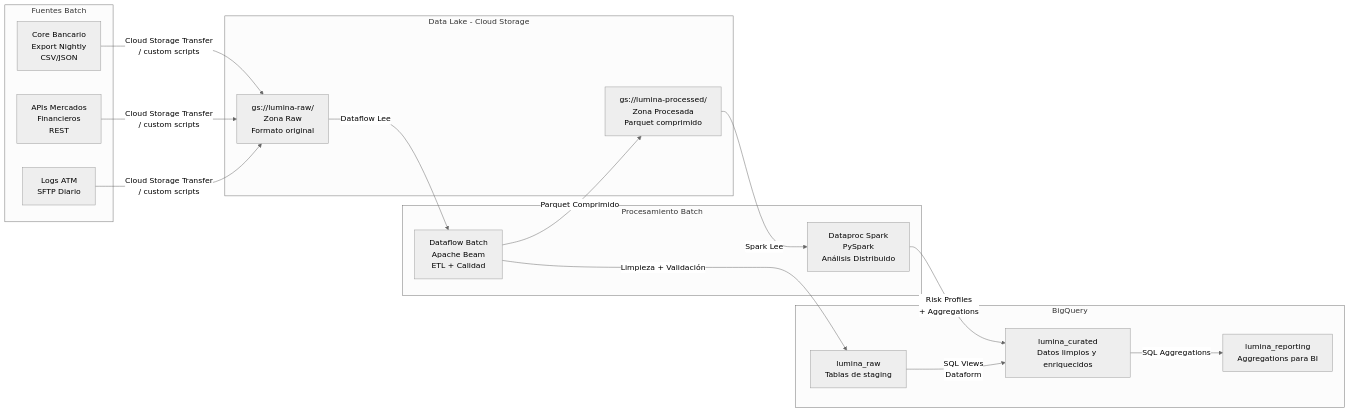
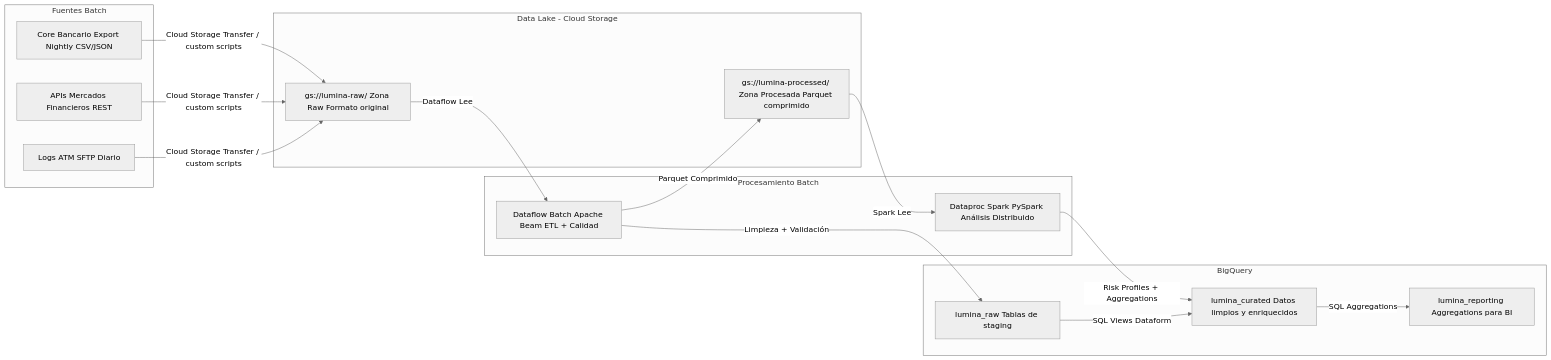
Before and after one commit to s110/Maestria: the third of 8 diagrams in 5_big_data/codigo/03_proyecto_financial_system_architecture/architecture.md, drawn with Mermaid (neutral theme). The commit also changed other lines of this file and 52 other files, not shown here.

````diff
--- a/5_big_data/codigo/03_proyecto_financial_system_architecture/architecture.md
+++ b/5_big_data/codigo/03_proyecto_financial_system_architecture/architecture.md
@@ -151,33 +151,33 @@
 ```mermaid
 flowchart LR
     subgraph SOURCES_BATCH["Fuentes Batch"]
-        LEGACY[Core Bancario\nExport Nightly\nCSV/JSON]
-        MARKET[APIs Mercados\nFinancieros\nREST]
-        ATM_LOG[Logs ATM\nSFTP Diario]
+        LEGACY[Core Bancario Export Nightly CSV/JSON]
+        MARKET[APIs Mercados Financieros REST]
+        ATM_LOG[Logs ATM SFTP Diario]
     end
 
     subgraph GCS_ZONES["Data Lake - Cloud Storage"]
-        RAW[gs://lumina-raw/\nZona Raw\nFormato original]
-        STAGE[gs://lumina-processed/\nZona Procesada\nParquet comprimido]
+        RAW[gs://lumina-raw/ Zona Raw Formato original]
+        STAGE[gs://lumina-processed/ Zona Procesada Parquet comprimido]
     end
 
     subgraph PROC["Procesamiento Batch"]
-        DF_B[Dataflow Batch\nApache Beam\nETL + Calidad]
-        SPARK[Dataproc Spark\nPySpark\nAnálisis Distribuido]
+        DF_B[Dataflow Batch Apache Beam ETL + Calidad]
+        SPARK[Dataproc Spark PySpark Análisis Distribuido]
     end
 
     subgraph BQ["BigQuery"]
-        RAW_BQ[lumina_raw\nTablas de staging]
-        CURATED[lumina_curated\nDatos limpios y enriquecidos]
-        REPORTING[lumina_reporting\nAggregations para BI]
+        RAW_BQ[lumina_raw Tablas de staging]
+        CURATED[lumina_curated Datos limpios y enriquecidos]
+        REPORTING[lumina_reporting Aggregations para BI]
     end
 
-    LEGACY & MARKET & ATM_LOG -->|"Cloud Storage Transfer\n/ custom scripts"| RAW
+    LEGACY & MARKET & ATM_LOG -->|"Cloud Storage Transfer / custom scripts"| RAW
     RAW -->|"Dataflow Lee"| DF_B
     DF_B -->|"Limpieza + Validación"| RAW_BQ
     DF_B -->|"Parquet Comprimido"| STAGE
     STAGE -->|"Spark Lee"| SPARK
-    SPARK -->|"Risk Profiles\n+ Aggregations"| CURATED
-    RAW_BQ -->|"SQL Views\nDataform"| CURATED
+    SPARK -->|"Risk Profiles + Aggregations"| CURATED
+    RAW_BQ -->|"SQL Views Dataform"| CURATED
     CURATED -->|"SQL Aggregations"| REPORTING
 ```
````
